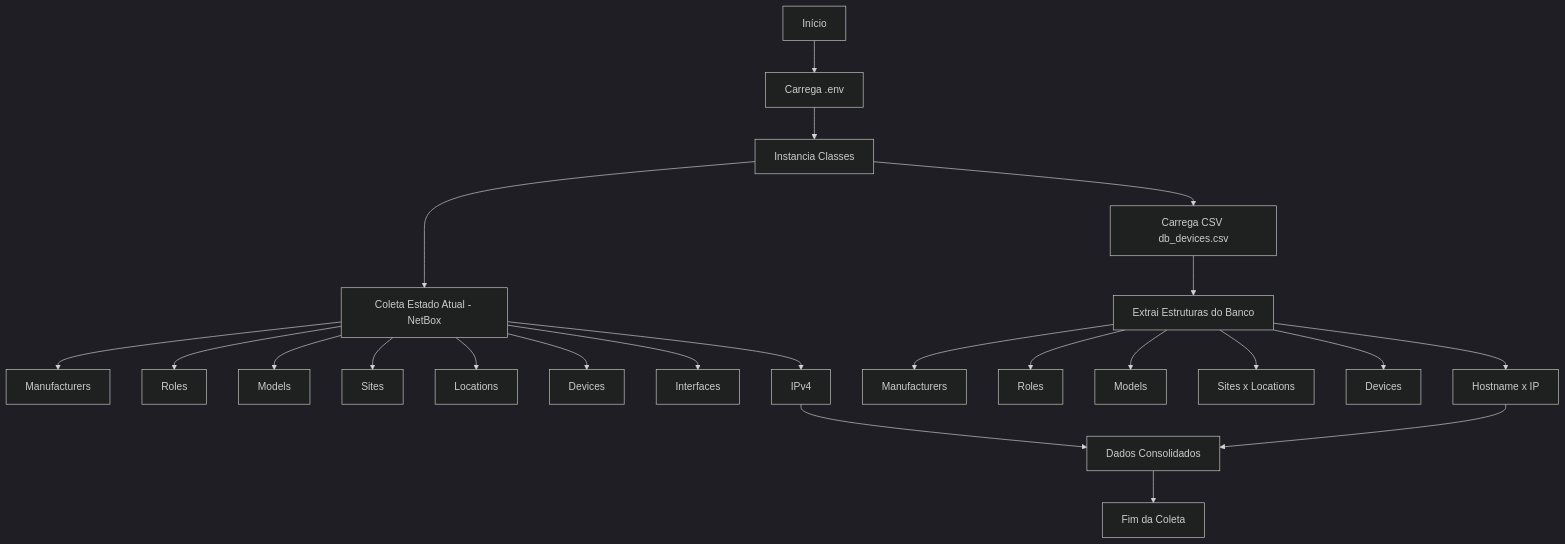
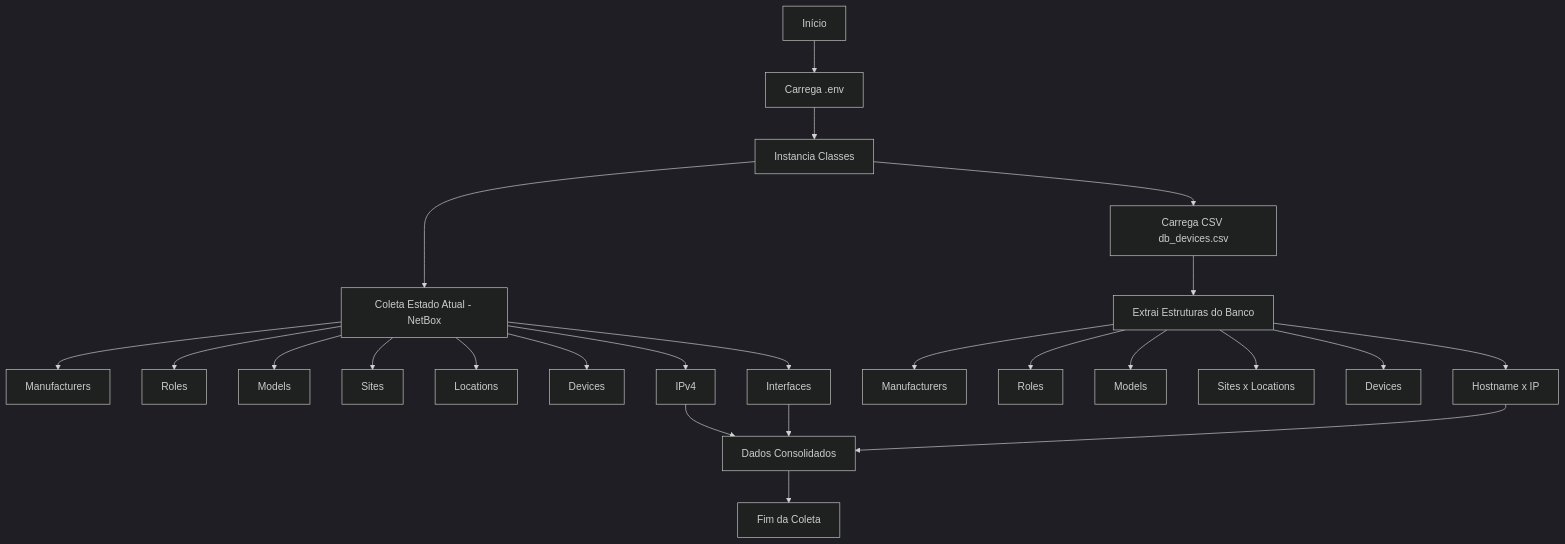
One commit to ozumaru/Netbox_API_Requests changed the first of 2 diagrams in README.md. Above: the diagram before and after it, drawn with Mermaid (dark theme). The commit also changed other lines of this file, not shown here.

````diff
--- a/README.md
+++ b/README.md
@@ -153,30 +153,31 @@
 ```mermaid
 flowchart TD
 
 A[Início] --> B[Carrega .env]
 B --> C[Instancia Classes]
 
 C --> D[Coleta Estado Atual - NetBox]
 D --> D1[Manufacturers]
 D --> D2[Roles]
 D --> D3[Models]
 D --> D4[Sites]
 D --> D5[Locations]
 D --> D6[Devices]
 D --> D7[Interfaces]
 D --> D8[IPv4]
 
 C --> E[Carrega CSV db_devices.csv]
 E --> F[Extrai Estruturas do Banco]
 F --> F1[Manufacturers]
 F --> F2[Roles]
 F --> F3[Models]
 F --> F4[Sites x Locations]
 F --> F5[Devices]
 F --> F6[Hostname x IP]
 
 D8 --> G[Dados Consolidados]
+D7 --> G[Dados Consolidados]
 F6 --> G
 
 G --> H[Fim da Coleta]
 ```
````
